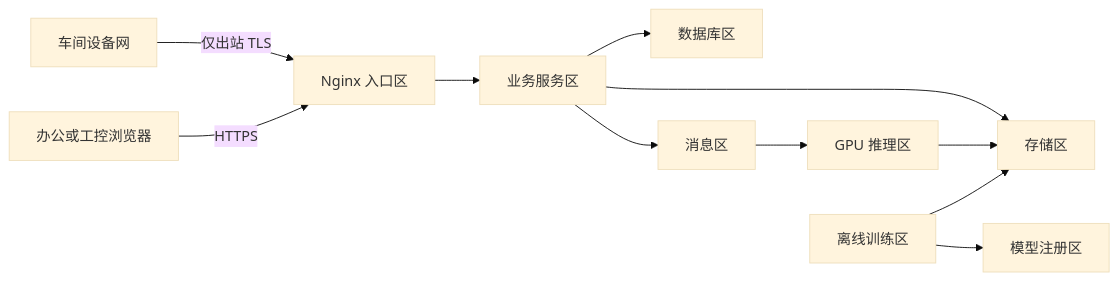
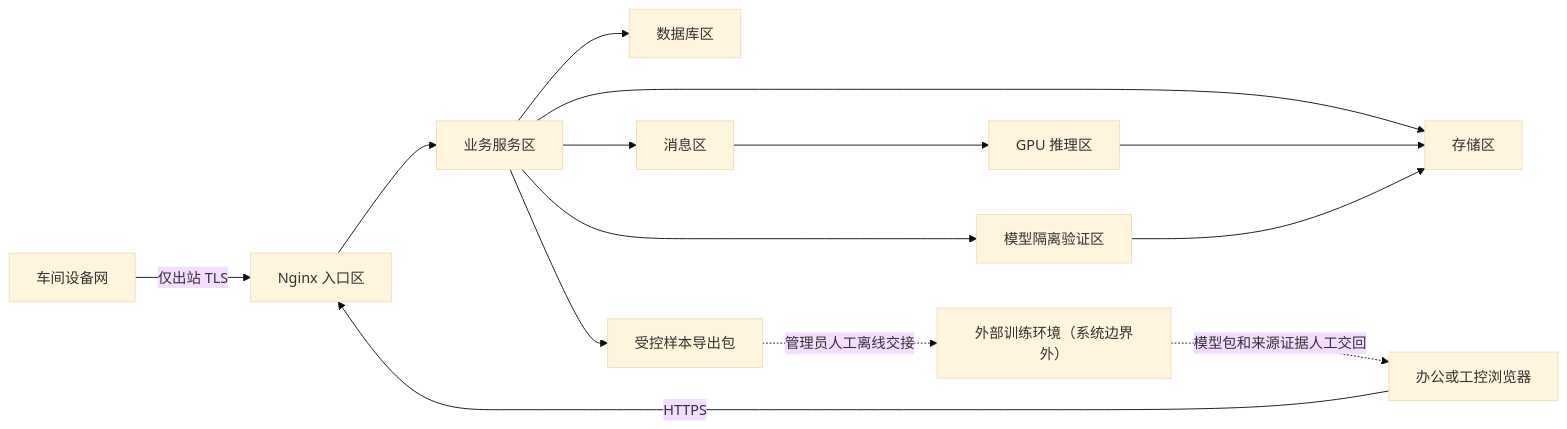
One commit to wxyii/tool-defect-project changed the diagram in docs/12-安全权限与角色.md. Above: the diagram before and after it, drawn with Mermaid (base theme). The commit also changed other lines of this file and 25 other files, not shown here.

````diff
--- a/docs/12-安全权限与角色.md
+++ b/docs/12-安全权限与角色.md
@@ -111,13 +105,16 @@
 ```mermaid
 flowchart LR
     Workshop["车间设备网"] -->|仅出站 TLS| DMZ["Nginx 入口区"]
     User["办公或工控浏览器"] -->|HTTPS| DMZ
     DMZ --> Business["业务服务区"]
     Business --> DB["数据库区"]
     Business --> Queue["消息区"]
     Business --> Storage["存储区"]
     Queue --> AI["GPU 推理区"]
     AI --> Storage
-    Training["离线训练区"] --> Storage
-    Training --> Registry["模型注册区"]
+    Business --> Validator["模型隔离验证区"]
+    Validator --> Storage
+    Business --> Export["受控样本导出包"]
+    Export -.->|管理员人工离线交接| External["外部训练环境（系统边界外）"]
+    External -.->|模型包和来源证据人工交回| User
 ```
````
